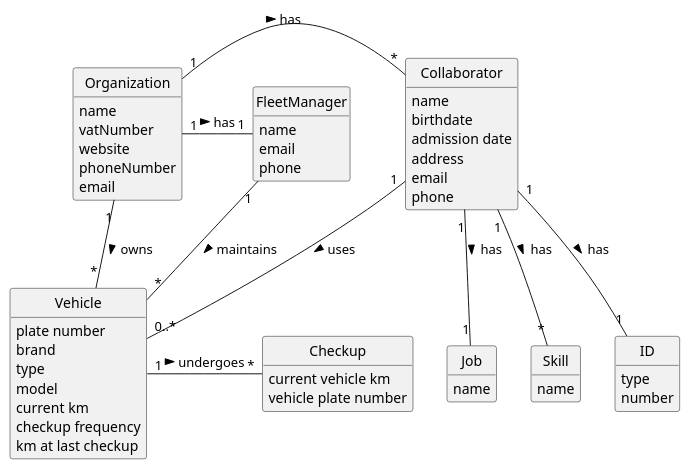
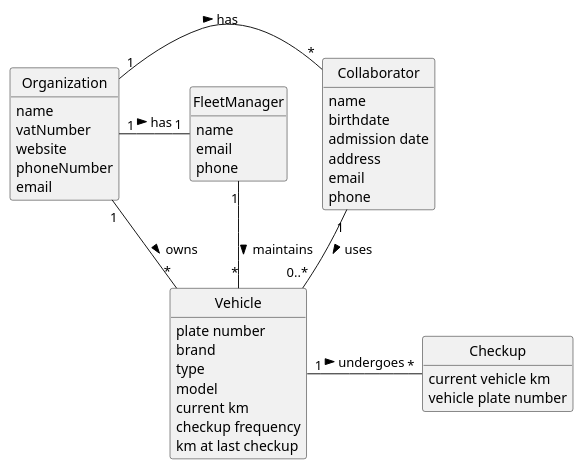
The diagram in docs/sprintA/us008/02.analysis/puml/us008-domain-model.puml (Departamento-de-Engenharia-Informatica/lei-24-s2-1dkl-g134), drawn with PlantUML before and after one commit. The commit also changed 3 other files, not shown here.

```diff
--- a/docs/sprintA/us008/02.analysis/puml/us008-domain-model.puml
+++ b/docs/sprintA/us008/02.analysis/puml/us008-domain-model.puml
@@ -1,73 +1,57 @@
 @startuml
 skinparam monochrome true
 skinparam packageStyle rectangle
 skinparam shadowing false
 
 skinparam classAttributeIconSize 0
 
 hide circle
 hide methods
 
 
 class Organization {
     name
     vatNumber
     website
     phoneNumber
     email
 }
 
 class Vehicle {
     plate number
     brand
     type
     model
     current km
     checkup frequency
     km at last checkup
 }
 
 class Checkup {
     current vehicle km
     vehicle plate number
 }
 
 class FleetManager {
     name
     email
     phone
 }
 
 class Collaborator {
     name
     birthdate
     admission date
     address
     email
     phone
 }
 
-class ID {
-    type
-    number
-}
-
-class Job {
-    name
-}
-
-class Skill {
-    name
-}
-
 Organization "1" - "*" Collaborator : has >
 Organization "1" - "1" FleetManager : has >
 Organization "1" - "*" Vehicle: owns >
 Vehicle "1" - "*" Checkup: undergoes >
 Collaborator "1" -- "0..*" Vehicle : uses >
-Collaborator "1" -- "*" Skill : has >
-Collaborator "1" -- "1" Job : has >
-Collaborator "1" -- "1" ID : has >
 FleetManager "1" -- "*" Vehicle : maintains >
 
 @enduml
```
